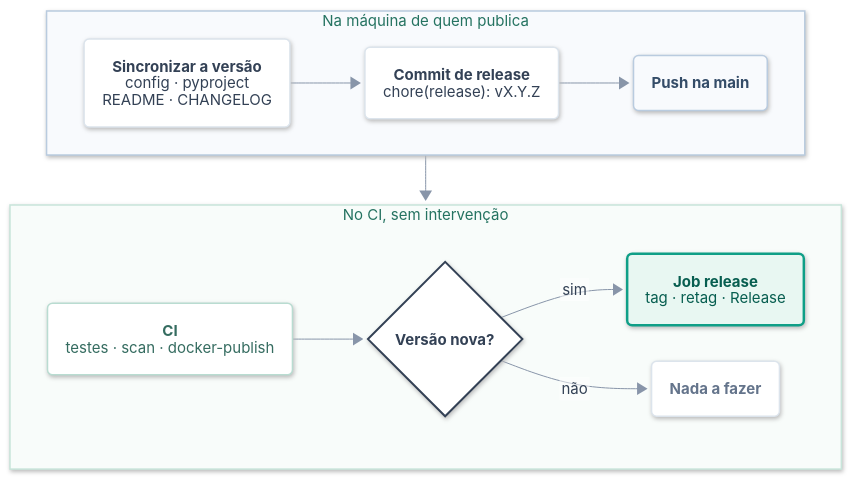
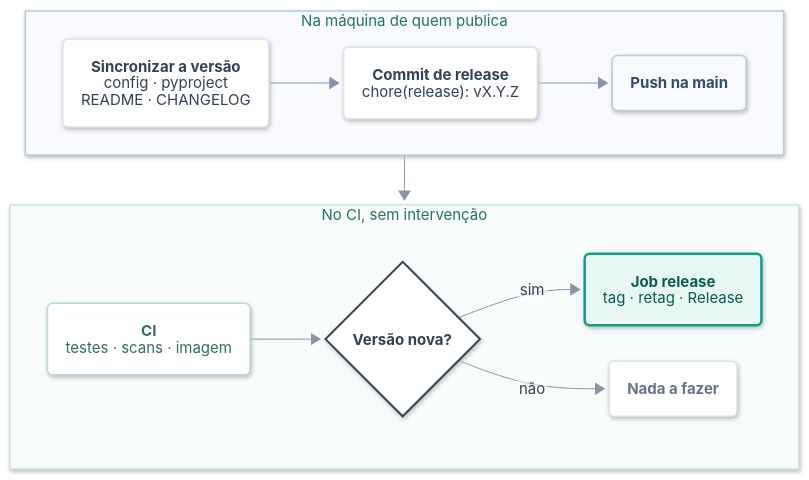
Before and after one commit to rlquilez/b3datetime: the seventh of 7 diagrams in README.md, drawn with Mermaid. The commit also changed other lines of this file and 8 other files, not shown here.

First line of the commit message:
test(docs): diagramas medidos na coluna real do GitHub (838 px na página inicial)

````diff
--- a/README.md
+++ b/README.md
@@ -1250,63 +1251,63 @@
 ```mermaid
 ---
 config:
   theme: base
   look: neo
   layout: dagre
   fontFamily: "Inter, -apple-system, BlinkMacSystemFont, Segoe UI, Noto Sans, Helvetica, Arial, sans-serif"
   htmlLabels: false
   themeCSS: ".edgeLabel rect { opacity: 1 !important; } .edge-thickness-normal { stroke-width: 1.5px !important; }"
   themeVariables:
     fontFamily: "Inter, -apple-system, BlinkMacSystemFont, Segoe UI, Noto Sans, Helvetica, Arial, sans-serif"
     fontSize: 15px
     primaryColor: "#FFFFFF"
     primaryTextColor: "#334155"
     primaryBorderColor: "#DCE4EC"
     nodeBorder: "#DCE4EC"
     lineColor: "#8895A9"
     textColor: "#475569"
     edgeLabelBackground: "#FFFFFF"
     clusterBkg: "#F8FCFA"
     clusterBorder: "#C8E5DA"
     titleColor: "#257361"
   flowchart:
     curve: basis
     nodeSpacing: 36
     rankSpacing: 50
     padding: 18
     wrappingWidth: 400
     diagramPadding: 24
 ---
 flowchart TB
     subgraph manual["Na máquina de quem publica"]
         direction LR
         versao("`**Sincronizar a versão**
         config · pyproject
         README · CHANGELOG`") --> commit("`**Commit de release**
         chore(release): vX.Y.Z`") --> push("`**Push na main**`")
     end
     subgraph automatico["No CI, sem intervenção"]
         direction LR
         pipeline("`**CI**
-        testes · scan · docker-publish`") --> nova{"`**Versão nova?**`"}
+        testes · scans · imagem`") --> nova{"`**Versão nova?**`"}
         nova -- "sim" --> cria("`**Job release**
         tag · retag · Release`")
         nova -- "não" --> nada("`**Nada a fazer**`")
     end
 
     manual --> automatico
     classDef entrada fill:#FFFFFF,stroke:#DCE4EC,stroke-width:1.5px,color:#334155
     classDef externo fill:#FFFFFF,stroke:#DCE4EC,stroke-width:1.5px,color:#64748B
     classDef gate fill:#FFFFFF,stroke:#334155,stroke-width:2px,color:#334155
     classDef gateway fill:#F8FAFD,stroke:#B9CBDF,stroke-width:1.5px,color:#344C68
     classDef principal fill:#E8F7F2,stroke:#0F9F87,stroke-width:2.5px,color:#075E50
     classDef servico fill:#FFFFFF,stroke:#B9DCD1,stroke-width:1.5px,color:#356C60
     class versao,commit entrada
     class push gateway
     class pipeline servico
     class nova gate
     class cria principal
     class nada externo
     style manual fill:#F8FAFD,stroke:#B9CBDF,stroke-width:1.5px,color:#344C68
     style automatico fill:#F8FCFA,stroke:#C8E5DA,stroke-width:1.5px,color:#257361
 ```
````
